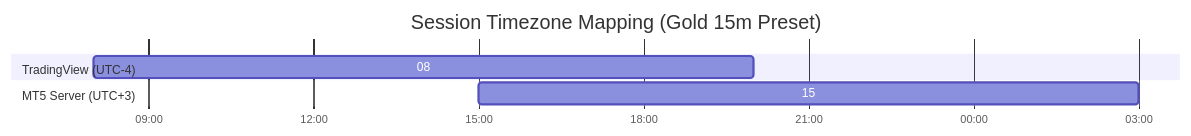
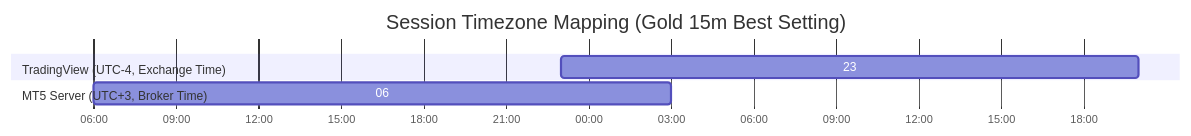
The second of 2 diagrams in README.md (jzd101/breakout-follow-101), drawn with Mermaid before and after one commit. The commit also changed other lines of this file and 2 other files, not shown here.

Commit message:
docs: update trading session hours to reflect correct UTC-4/UTC+3 timezone conversion and include DST guidance

````diff
--- a/README.md
+++ b/README.md
@@ -188,10 +191,10 @@
 ```mermaid
 gantt
-    title Session Timezone Mapping (Gold 15m Preset)
+    title Session Timezone Mapping (Gold 15m Best Setting)
     dateFormat YYYY-MM-DD HH:mm
     axisFormat %H:00
-    section TradingView (UTC-4)
-    08:00 - 20:00 :active, 2026-01-01 08:00, 2026-01-01 20:00
-    section MT5 Server (UTC+3)
-    15:00 - 03:00 :crit, 2026-01-01 15:00, 2026-01-02 03:00
+    section TradingView (UTC-4, Exchange Time)
+    23:00 - 20:00 next day :active, 2026-01-01 23:00, 2026-01-02 20:00
+    section MT5 Server (UTC+3, Broker Time)
+    06:00 - 03:00 next day :crit, 2026-01-01 06:00, 2026-01-02 03:00
 ```
````
